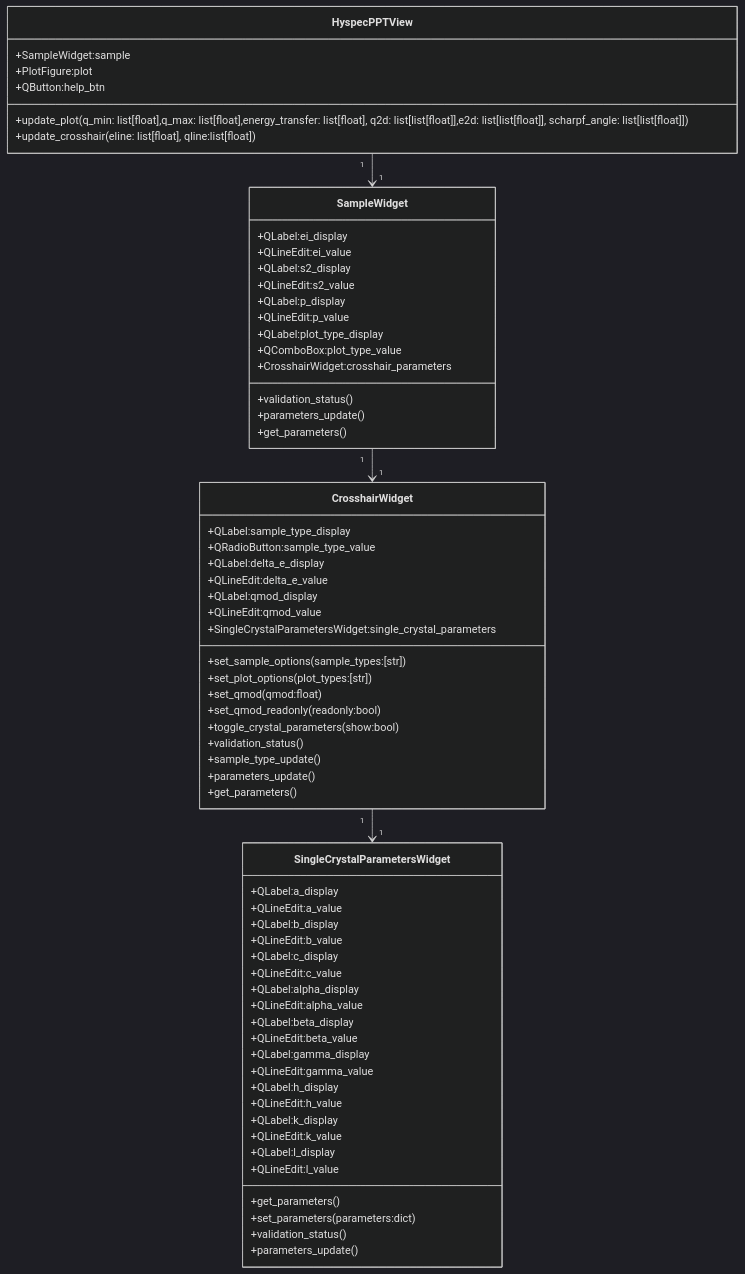
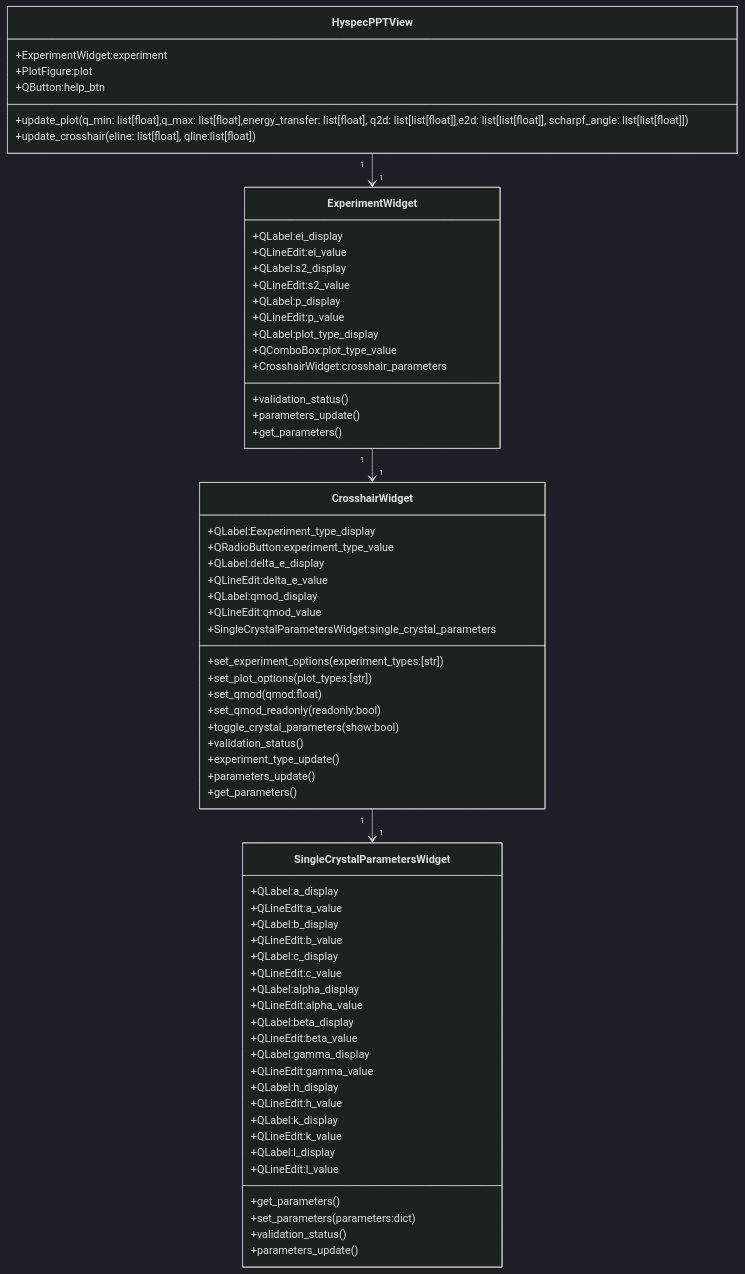
The second of 13 diagrams in docs/source/design/hyspecpptclasses.rst (neutrons/hyspecppt), drawn with Mermaid (dark theme) before and after one commit. The commit also changed other lines of this file and 1 other file, not shown here.

Commit message:
sample renamed to experiment, single crystal type worflow update and other based on discussion

```diff
--- a/docs/source/design/hyspecpptclasses.rst
+++ b/docs/source/design/hyspecpptclasses.rst
@@ -243,77 +261,77 @@
 .. mermaid::
 
  classDiagram
-    HyspecPPTView "1" -->"1" SampleWidget
-    SampleWidget "1" -->"1" CrosshairWidget
+    HyspecPPTView "1" -->"1" ExperimentWidget
+    ExperimentWidget "1" -->"1" CrosshairWidget
     CrosshairWidget "1" -->"1" SingleCrystalParametersWidget
 
     class HyspecPPTView{
-        +SampleWidget:sample
+        +ExperimentWidget:experiment
         +PlotFigure:plot
         +QButton:help_btn
         +update_plot(q_min: list[float],q_max: list[float],energy_transfer: list[float], q2d: list[list[float]],e2d: list[list[float]], scharpf_angle: list[list[float]])
         +update_crosshair(eline: list[float], qline:list[float])
 
     }
 
-    class SampleWidget{
+    class ExperimentWidget{
         +QLabel:ei_display
         +QLineEdit:ei_value
         +QLabel:s2_display
         +QLineEdit:s2_value
         +QLabel:p_display
         +QLineEdit:p_value
         +QLabel:plot_type_display
         +QComboBox:plot_type_value
         +CrosshairWidget:crosshair_parameters
         +validation_status()
         +parameters_update()
         +get_parameters()
 
     }
 
     class CrosshairWidget{
-        +QLabel:sample_type_display
-        +QRadioButton:sample_type_value
+        +QLabel:Eexperiment_type_display
+        +QRadioButton:experiment_type_value
         +QLabel:delta_e_display
         +QLineEdit:delta_e_value
         +QLabel:qmod_display
         +QLineEdit:qmod_value
         +SingleCrystalParametersWidget:single_crystal_parameters
-        +set_sample_options(sample_types:[str])
+        +set_experiment_options(experiment_types:[str])
         +set_plot_options(plot_types:[str])
         +set_qmod(qmod:float)
         +set_qmod_readonly(readonly:bool)
         +toggle_crystal_parameters(show:bool)
         +validation_status()
-        +sample_type_update()
+        +experiment_type_update()
         +parameters_update()
         +get_parameters()
 
     }
 
     class SingleCrystalParametersWidget{
         +QLabel:a_display
         +QLineEdit:a_value
         +QLabel:b_display
         +QLineEdit:b_value
         +QLabel:c_display
         +QLineEdit:c_value
         +QLabel:alpha_display
         +QLineEdit:alpha_value
         +QLabel:beta_display
         +QLineEdit:beta_value
         +QLabel:gamma_display
         +QLineEdit:gamma_value
         +QLabel:h_display
         +QLineEdit:h_value
         +QLabel:k_display
         +QLineEdit:k_value
         +QLabel:l_display
         +QLineEdit:l_value
         +get_parameters()
         +set_parameters(parameters:dict)
         +validation_status()
         +parameters_update()
 
     }
```
